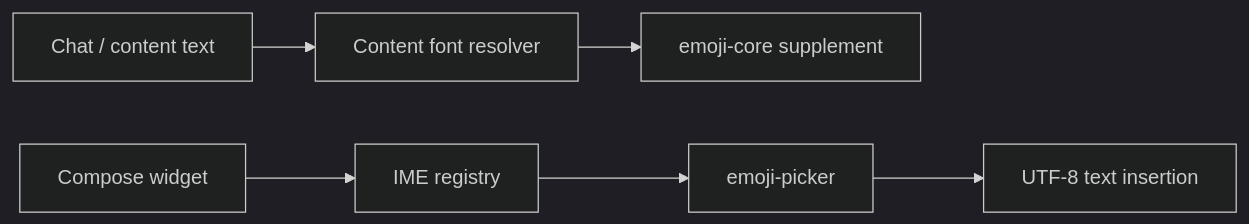
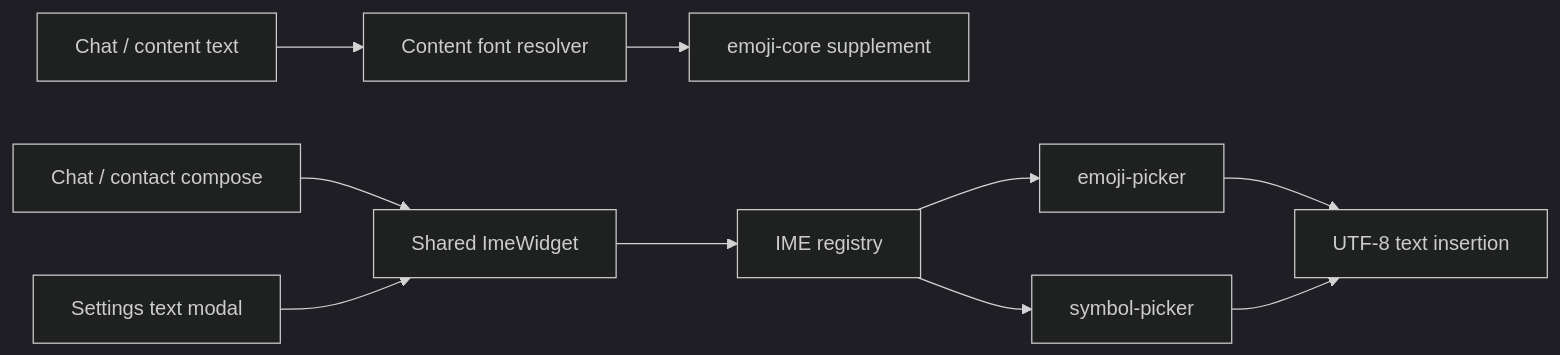
The diagram in docs/specification/LOCALIZATION_SPEC.md (DinaTzi/trail-mate), drawn with Mermaid (dark theme) before and after one commit. The commit also changed other lines of this file and 36 other files, not shown here.

First line of the commit message:
Complete settings localization and IME resource updates

````diff
--- a/docs/specification/LOCALIZATION_SPEC.md
+++ b/docs/specification/LOCALIZATION_SPEC.md
@@ -402,8 +415,12 @@
 ```mermaid
 flowchart LR
   ChatText["Chat / content text"] --> FontResolver["Content font resolver"]
   FontResolver --> EmojiFont["emoji-core supplement"]
-  ComposeWidget["Compose widget"] --> ImeRegistry["IME registry"]
+  ChatCompose["Chat / contact compose"] --> SharedIme["Shared ImeWidget"]
+  SettingsText["Settings text modal"] --> SharedIme
+  SharedIme --> ImeRegistry["IME registry"]
   ImeRegistry --> EmojiIme["emoji-picker"]
+  ImeRegistry --> SymbolIme["symbol-picker"]
   EmojiIme --> TextInsert["UTF-8 text insertion"]
+  SymbolIme --> TextInsert
 ```
````
